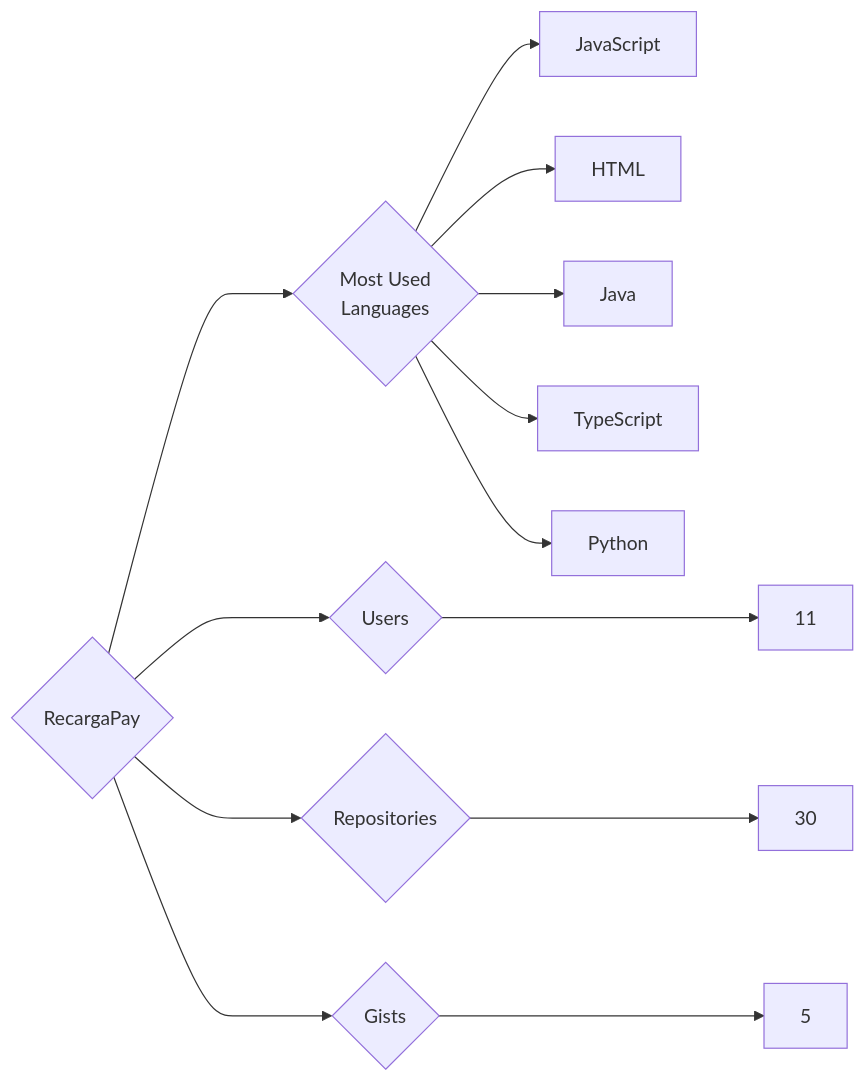
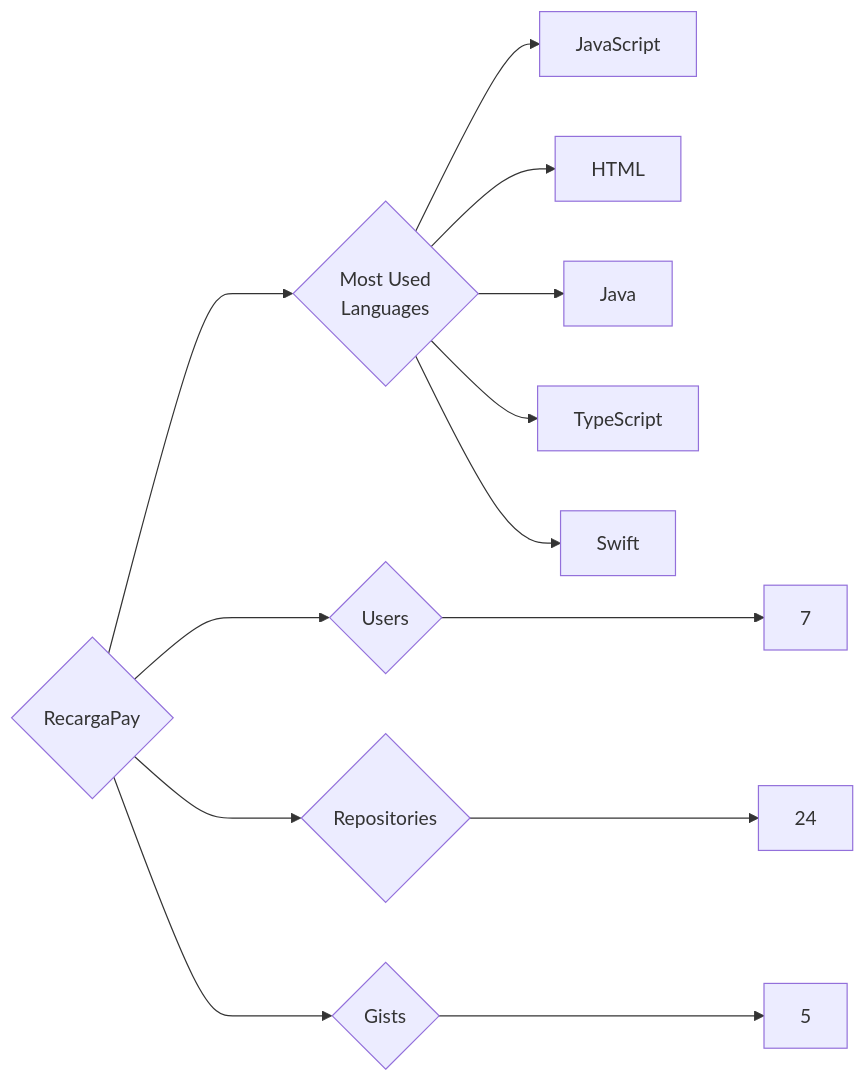
The diagram in targets/RecargaPay/README.md (trickest/insiders), drawn with Mermaid before and after one commit. The commit also changed 1389 other files, not shown here.

````diff
--- a/targets/RecargaPay/README.md
+++ b/targets/RecargaPay/README.md
@@ -3,13 +3,13 @@
 ```mermaid
 graph LR
 COMPANY_NAME{RecargaPay}
-COMPANY_NAME ---> U{Users} ---> UN[11]
-COMPANY_NAME ---> R{Repositories} ---> RN[30]
+COMPANY_NAME ---> U{Users} ---> UN[7]
+COMPANY_NAME ---> R{Repositories} ---> RN[24]
 COMPANY_NAME ---> G{Gists} ---> GN[5]
 COMPANY_NAME ---> ML{Most Used<br>Languages}
 ML --> JavaScript[JavaScript]
 ML --> HTML[HTML]
 ML --> Java[Java]
 ML --> TypeScript[TypeScript]
-ML --> Python[Python]
+ML --> Swift[Swift]
 ```
````
